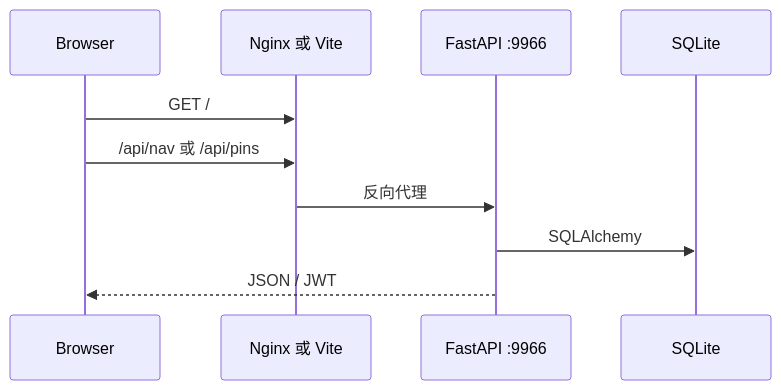
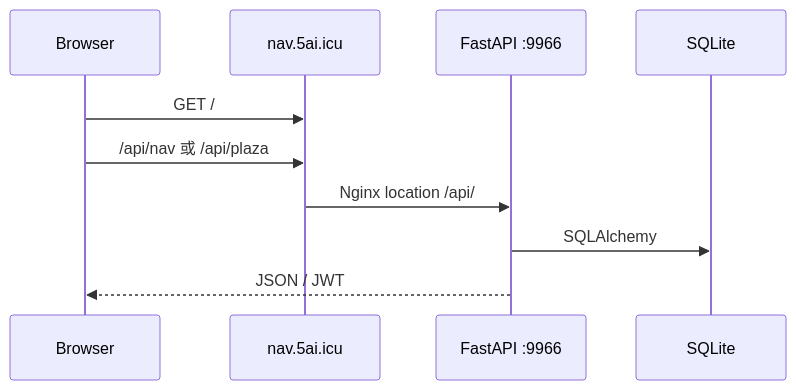
One commit to yzjiang-Peace-and-joy/nav-station changed the diagram in docs/architecture/overview.md. Above: the diagram before and after it, drawn with Mermaid. The commit also changed other lines of this file and 26 other files, not shown here.

````diff
--- a/docs/architecture/overview.md
+++ b/docs/architecture/overview.md
@@ -7,12 +7,12 @@
 ```mermaid
 sequenceDiagram
   participant Browser
-  participant Edge as Nginx 或 Vite
-  participant API as FastAPI :9966
+  participant Front as nav.5ai.icu
+  participant FastAPI as FastAPI :9966
   participant DB as SQLite
-  Browser->>Edge: GET /
-  Browser->>Edge: /api/nav 或 /api/pins
-  Edge->>API: 反向代理
-  API->>DB: SQLAlchemy
-  API-->>Browser: JSON / JWT
+  Browser->>Front: GET /
+  Browser->>Front: /api/nav 或 /api/plaza
+  Front->>FastAPI: Nginx location /api/
+  FastAPI->>DB: SQLAlchemy
+  FastAPI-->>Browser: JSON / JWT
 ```
````
